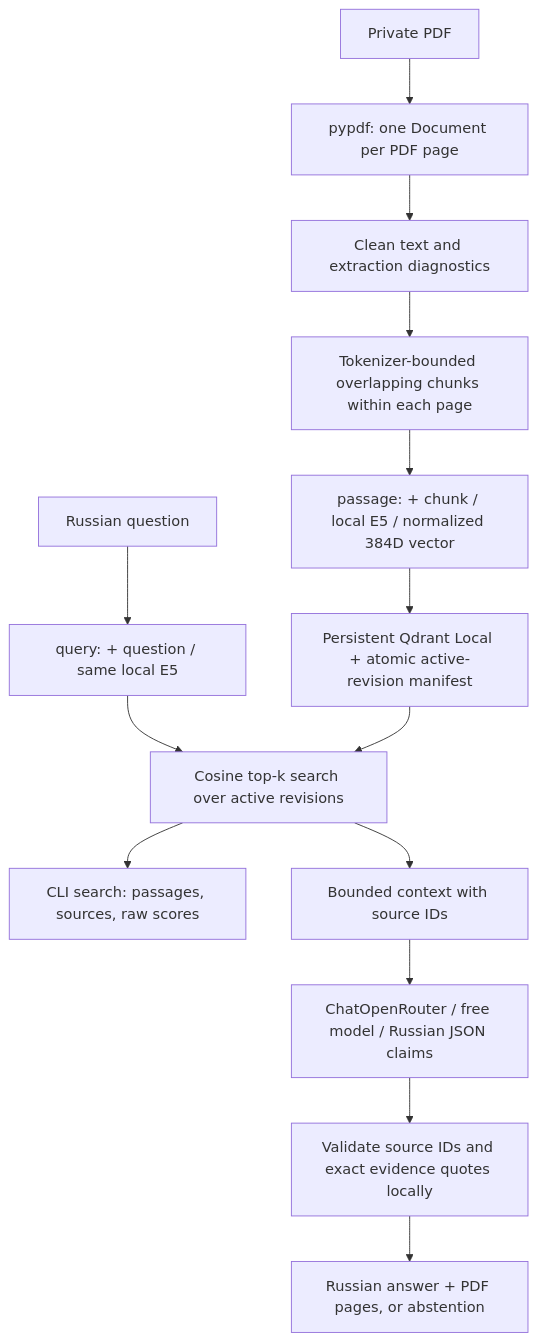
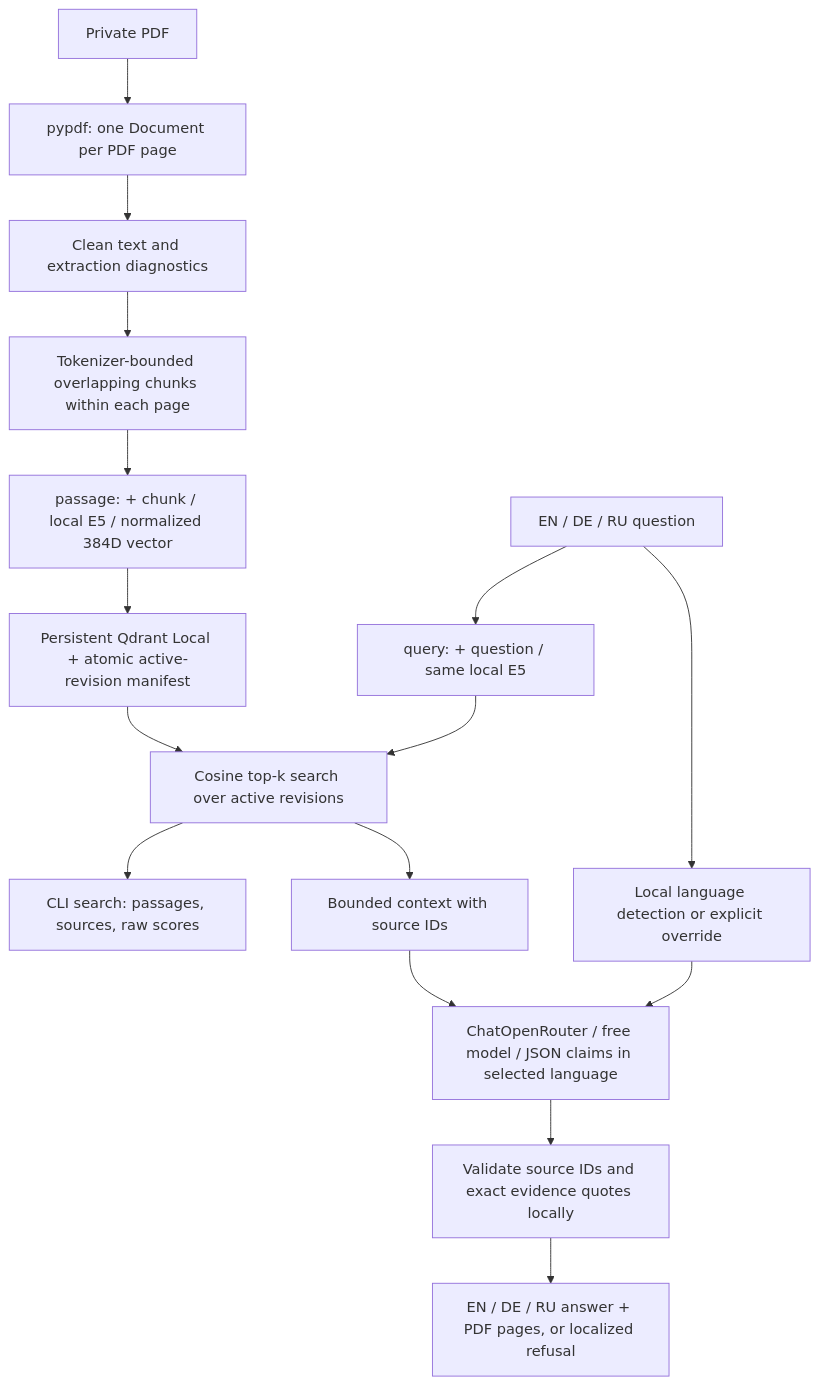
One commit to cryptoadya/garage-rag changed the diagram in README.md. Above: the diagram before and after it, drawn with Mermaid. The commit also changed other lines of this file and 1 other file, not shown here.

````diff
--- a/README.md
+++ b/README.md
@@ -85,16 +139,18 @@
 ```mermaid
 flowchart TD
     A[Private PDF] --> B[pypdf: one Document per PDF page]
     B --> C[Clean text and extraction diagnostics]
     C --> D[Tokenizer-bounded overlapping chunks within each page]
     D --> E[passage: + chunk / local E5 / normalized 384D vector]
     E --> F[Persistent Qdrant Local + atomic active-revision manifest]
-    Q[Russian question] --> G[query: + question / same local E5]
+    Q[EN / DE / RU question] --> G[query: + question / same local E5]
+    Q --> N[Local language detection or explicit override]
     G --> H[Cosine top-k search over active revisions]
     F --> H
     H --> I[CLI search: passages, sources, raw scores]
     H --> J[Bounded context with source IDs]
-    J --> K[ChatOpenRouter / free model / Russian JSON claims]
+    J --> K[ChatOpenRouter / free model / JSON claims in selected language]
+    N --> K
     K --> L[Validate source IDs and exact evidence quotes locally]
-    L --> M[Russian answer + PDF pages, or abstention]
+    L --> M[EN / DE / RU answer + PDF pages, or localized refusal]
 ```
````
